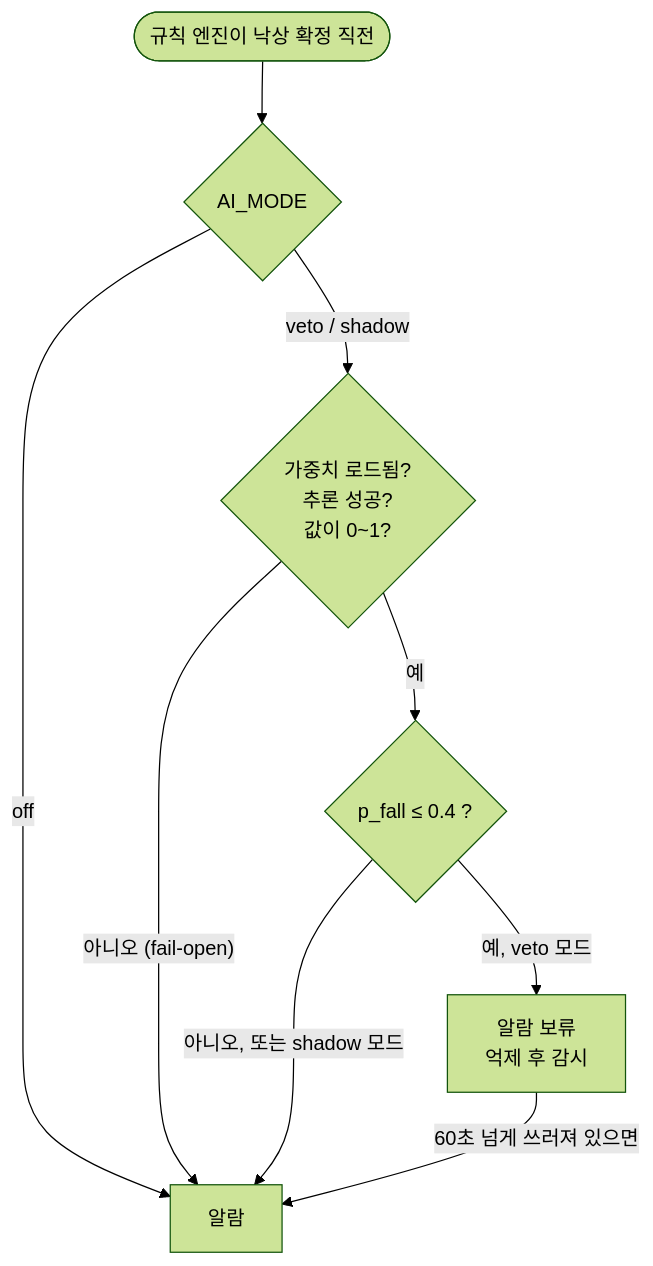
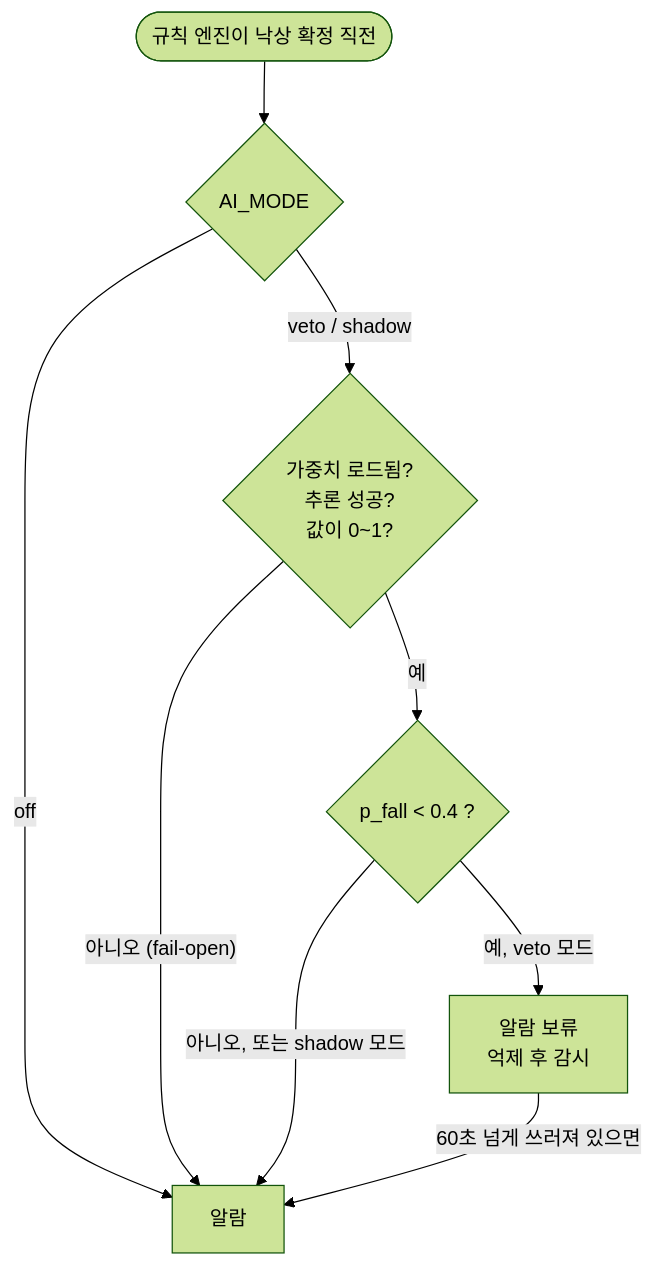
One commit to karneva/fall-detection-edge-app changed the fourth of 6 diagrams in README.md. Above: the diagram before and after it, drawn with Mermaid (forest theme). The commit also changed other lines of this file and 5 other files, not shown here.

````diff
--- a/README.md
+++ b/README.md
@@ -108,11 +108,11 @@
 ```mermaid
 flowchart TD
     IN(["규칙 엔진이 낙상 확정 직전"]) --> MODE{"AI_MODE"}
     MODE -- "off" --> ALARM["알람"]
     MODE -- "veto / shadow" --> LOADED{"가중치 로드됨?<br/>추론 성공?<br/>값이 0~1?"}
     LOADED -- "아니오 (fail-open)" --> ALARM
-    LOADED -- "예" --> P{"p_fall ≤ 0.4 ?"}
+    LOADED -- "예" --> P{"p_fall < 0.4 ?"}
     P -- "아니오, 또는 shadow 모드" --> ALARM
     P -- "예, veto 모드" --> SUP["알람 보류<br/>억제 후 감시"]
     SUP -- "60초 넘게 쓰러져 있으면" --> ALARM
 ```
````
